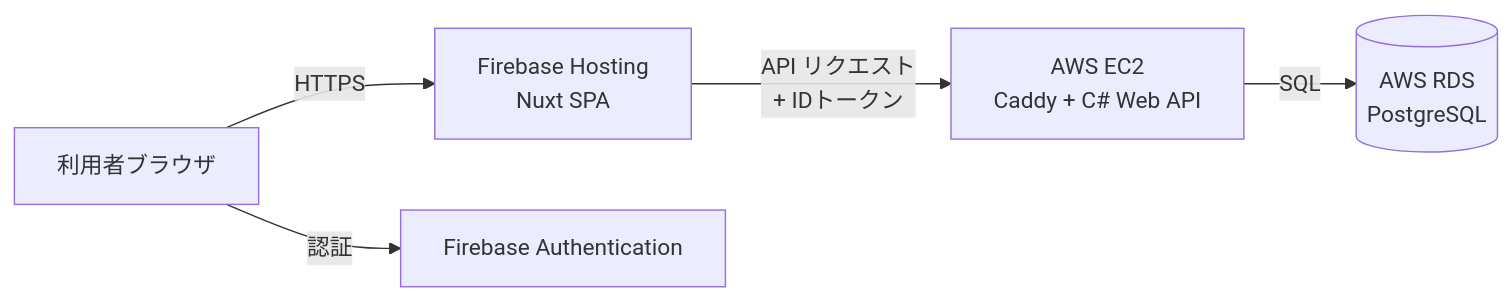
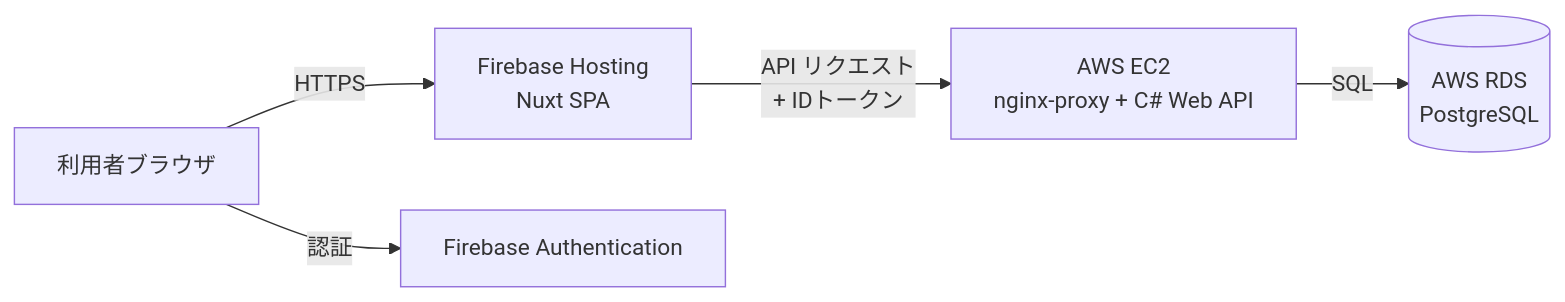
The diagram in infra/README.md (TSUNAGUBA/undeux-sales-suite), drawn with Mermaid before and after one commit. The commit also changed other lines of this file and 5 other files, not shown here.

First line of the commit message:
EC2 デプロイを既存 nginx-proxy 連携に変更（独自 Caddy を廃止）

````diff
--- a/infra/README.md
+++ b/infra/README.md
@@ -7,7 +7,7 @@
 ```mermaid
 graph LR
     User[利用者ブラウザ] -->|HTTPS| FH[Firebase Hosting<br/>Nuxt SPA]
     User -->|認証| FA[Firebase Authentication]
-    FH -->|API リクエスト<br/>+ IDトークン| EC2[AWS EC2<br/>Caddy + C# Web API]
+    FH -->|API リクエスト<br/>+ IDトークン| EC2[AWS EC2<br/>nginx-proxy + C# Web API]
     EC2 -->|SQL| RDS[(AWS RDS<br/>PostgreSQL)]
 ```
````
